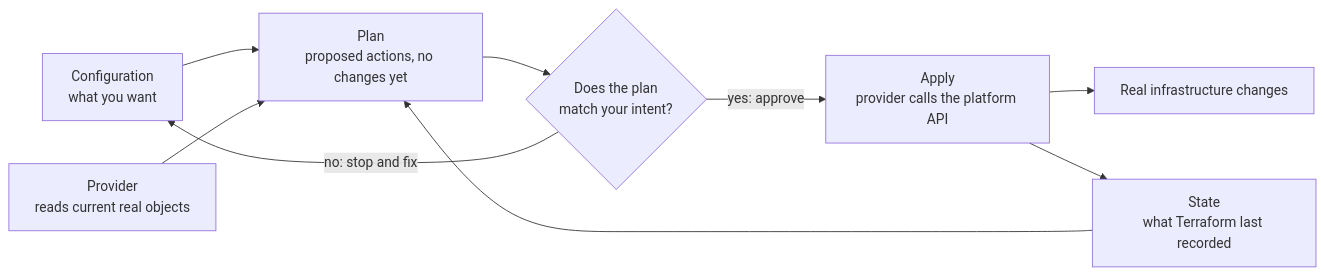
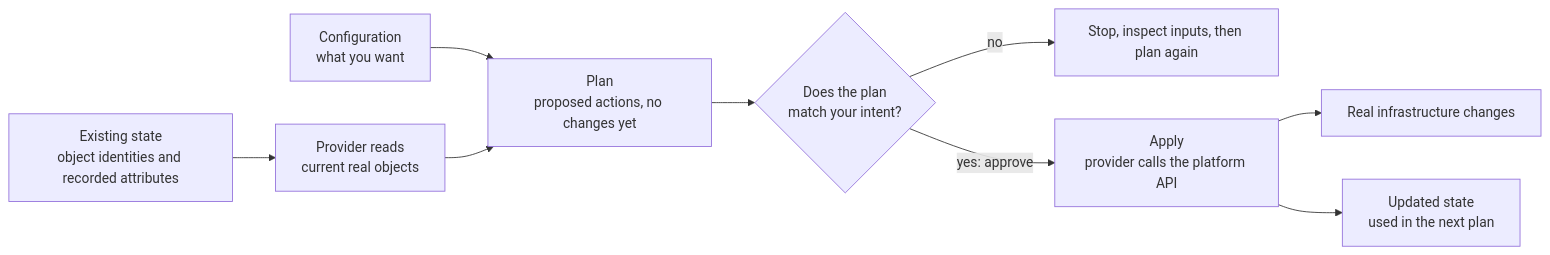
One commit to David-A18/MY-humble-knowledge-for-everyone changed the diagram in knowledge/terraform/fundamentals/terraform-fundamentals.md. Above: the diagram before and after it, drawn with Mermaid. The commit also changed other lines of this file and 7 other files, not shown here.

Commit message:
Review first-visit Git Kubernetes and Terraform models

````diff
--- a/knowledge/terraform/fundamentals/terraform-fundamentals.md
+++ b/knowledge/terraform/fundamentals/terraform-fundamentals.md
@@ -122,11 +127,11 @@
 ```mermaid
 flowchart LR
   cfg["Configuration<br/>what you want"] --> plan
-  st["State<br/>what Terraform last recorded"] --> plan
-  prov["Provider<br/>reads current real objects"] --> plan
+  st["Existing state<br/>object identities and recorded attributes"] --> prov["Provider reads<br/>current real objects"]
+  prov --> plan
   plan["Plan<br/>proposed actions, no changes yet"] --> review{"Does the plan<br/>match your intent?"}
-  review -- "no: stop and fix" --> cfg
+  review -- "no" --> fix["Stop, inspect inputs, then plan again"]
   review -- "yes: approve" --> apply["Apply<br/>provider calls the platform API"]
   apply --> real["Real infrastructure changes"]
-  apply --> st
+  apply --> newstate["Updated state<br/>used in the next plan"]
 ```
````
